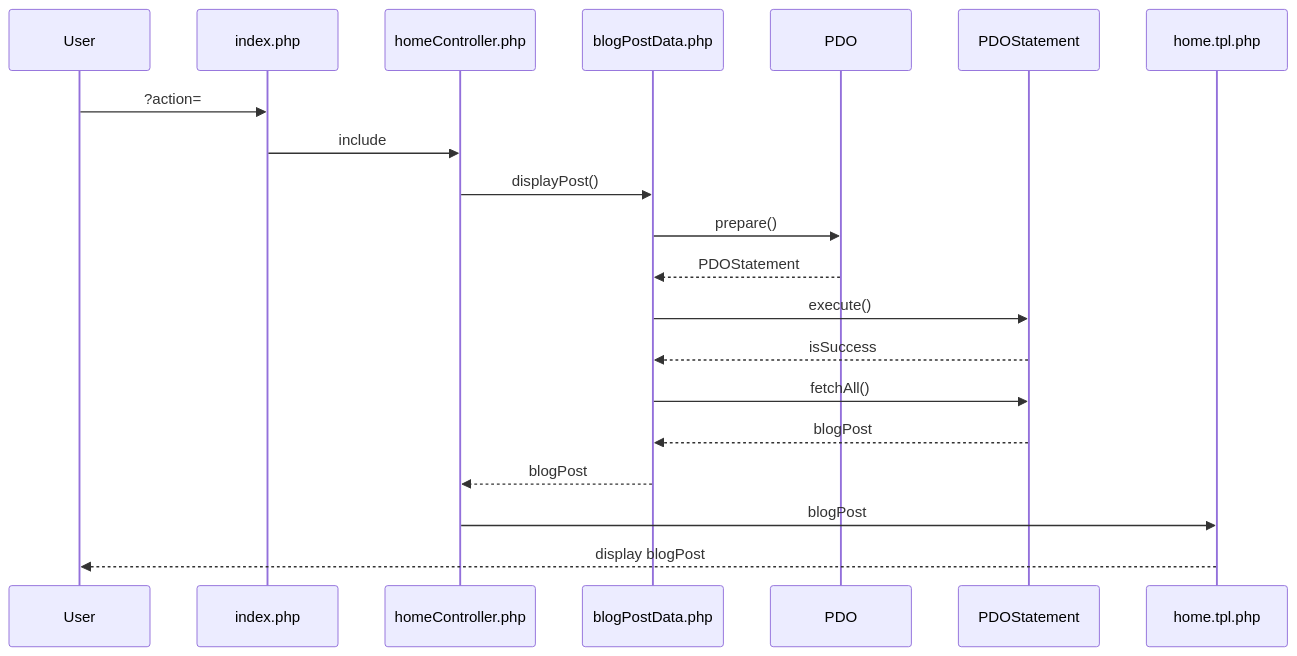
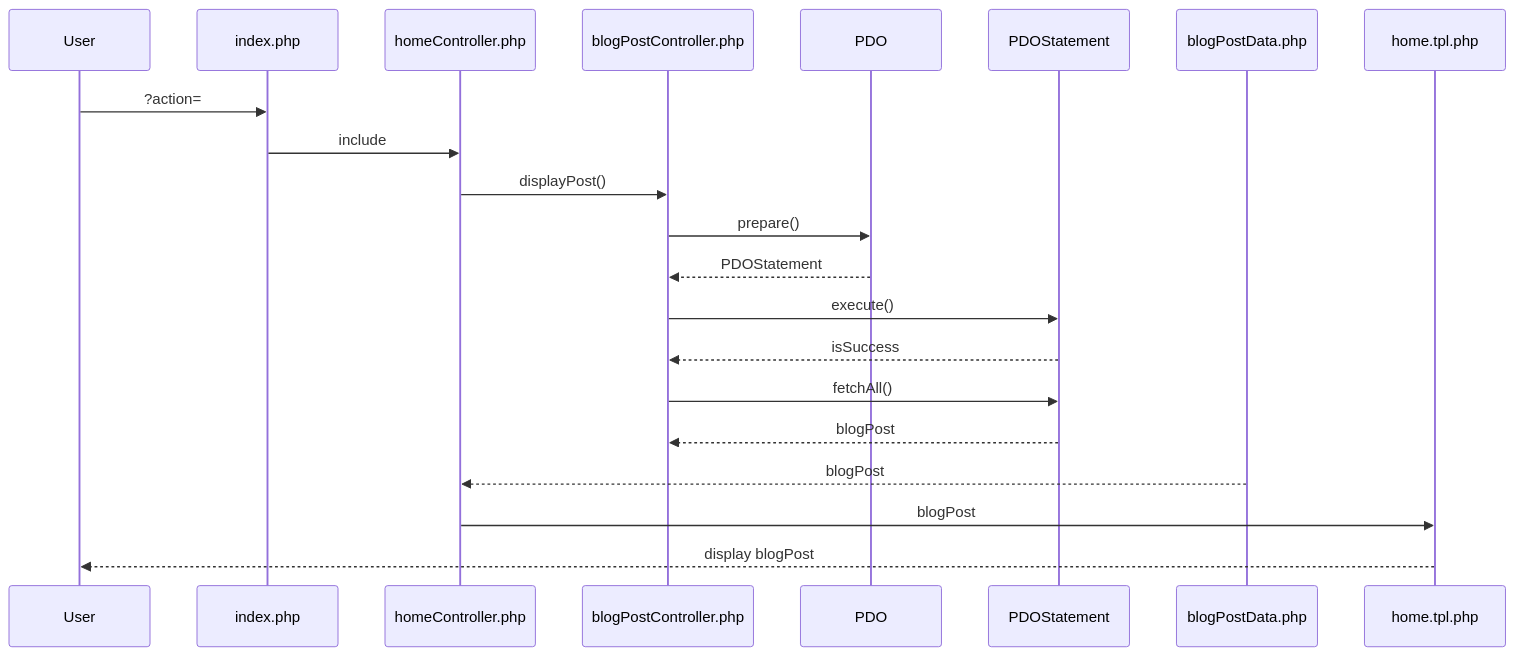
The third of 3 diagrams in doc/diagram.md (XavierFigari/blog), drawn with Mermaid before and after one commit.

Commit message:
change file name in diagram

````diff
--- a/doc/diagram.md
+++ b/doc/diagram.md
@@ -27,15 +27,15 @@
 ```mermaid
 sequenceDiagram
     User ->> index.php: ?action=
     index.php ->> homeController.php: include
-    homeController.php ->> blogPostData.php: displayPost()
-    blogPostData.php ->> PDO: prepare()
-    PDO -->> blogPostData.php: PDOStatement
-    blogPostData.php ->> PDOStatement: execute()
-    PDOStatement -->> blogPostData.php: isSuccess
-    blogPostData.php ->> PDOStatement: fetchAll()
-    PDOStatement -->> blogPostData.php: blogPost
+    homeController.php ->> blogPostController.php: displayPost()
+    blogPostController.php ->> PDO: prepare()
+    PDO -->> blogPostController.php: PDOStatement
+    blogPostController.php ->> PDOStatement: execute()
+    PDOStatement -->> blogPostController.php: isSuccess
+    blogPostController.php ->> PDOStatement: fetchAll()
+    PDOStatement -->> blogPostController.php: blogPost
     blogPostData.php -->> homeController.php: blogPost
     homeController.php ->> home.tpl.php: blogPost
     home.tpl.php -->> User: display blogPost
 ```
````
